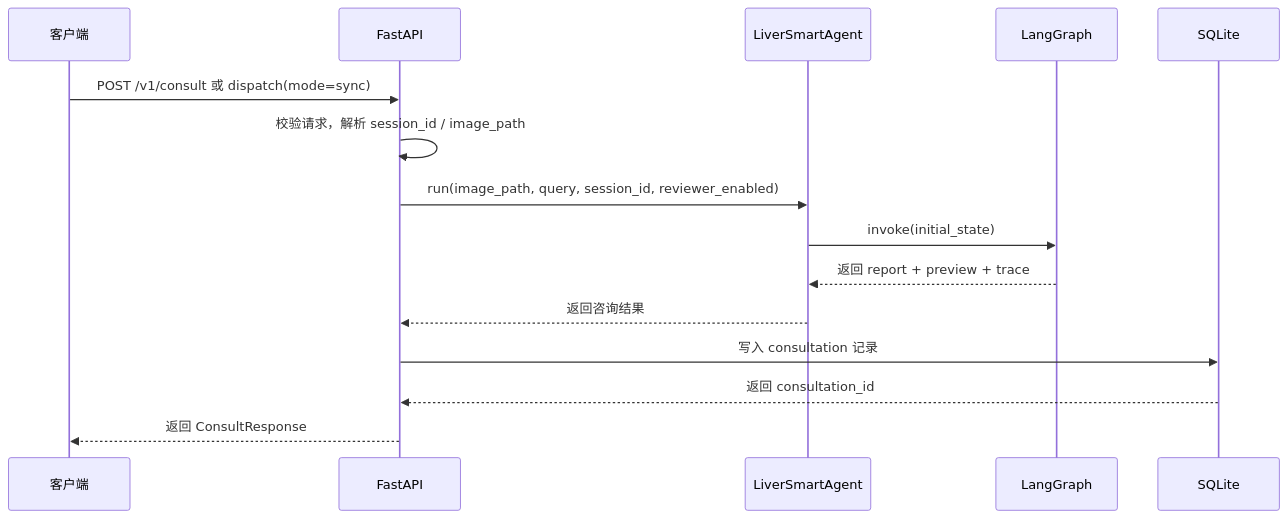
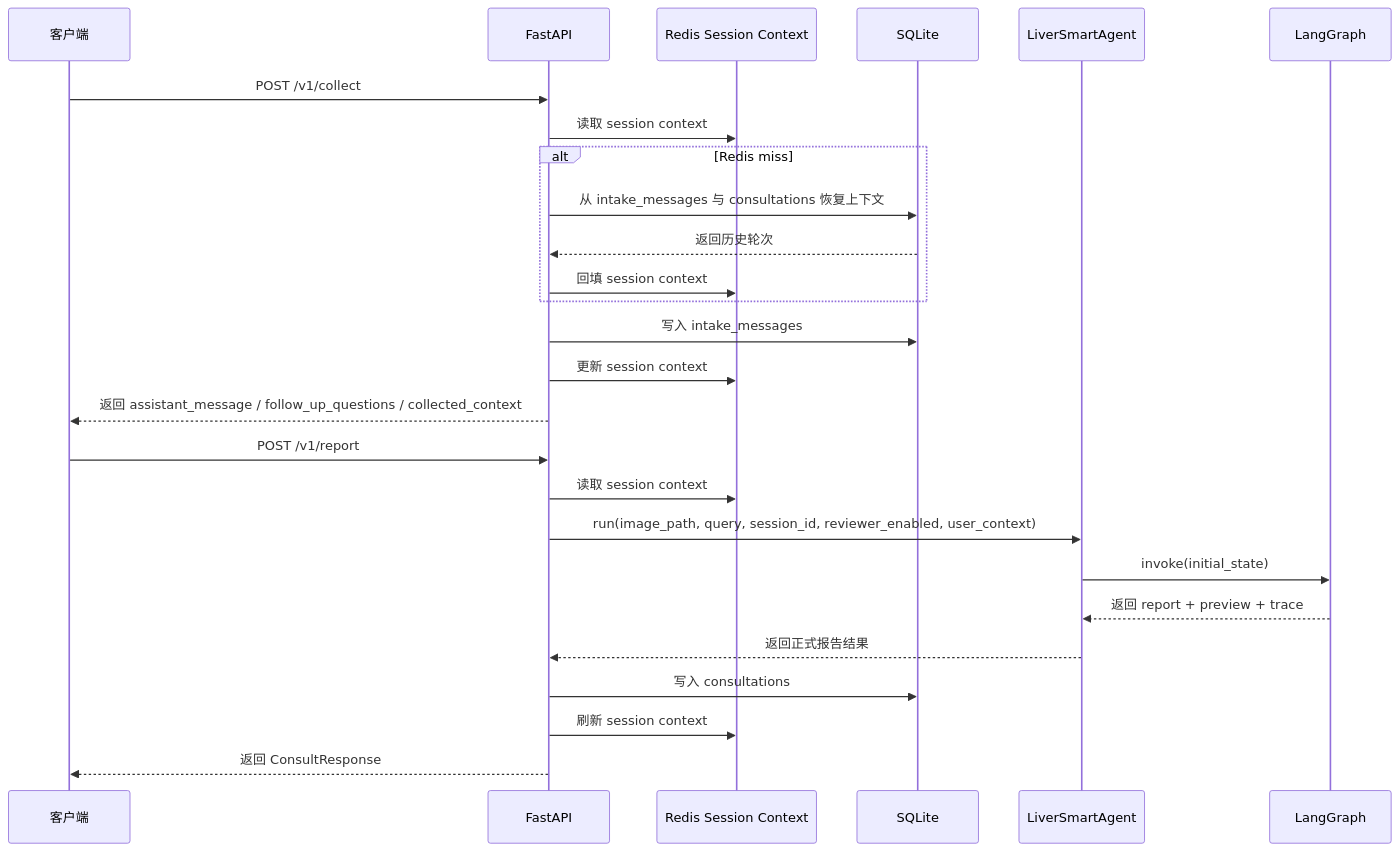
Before and after one commit to jiliguluhua/liver_rag: the third of 8 diagrams in docs/backend_architecture.md, drawn with Mermaid. The commit also changed other lines of this file, not shown here.

````diff
--- a/docs/backend_architecture.md
+++ b/docs/backend_architecture.md
@@ -84,18 +67,30 @@
 ```mermaid
 sequenceDiagram
     participant Client as 客户端
     participant API as FastAPI
+    participant Redis as Redis Session Context
+    participant DB as SQLite
     participant Agent as LiverSmartAgent
     participant Graph as LangGraph
-    participant DB as SQLite
 
-    Client->>API: POST /v1/consult 或 dispatch(mode=sync)
-    API->>API: 校验请求，解析 session_id / image_path
-    API->>Agent: run(image_path, query, session_id, reviewer_enabled)
+    Client->>API: POST /v1/collect
+    API->>Redis: 读取 session context
+    alt Redis miss
+        API->>DB: 从 intake_messages 与 consultations 恢复上下文
+        DB-->>API: 返回历史轮次
+        API->>Redis: 回填 session context
+    end
+    API->>DB: 写入 intake_messages
+    API->>Redis: 更新 session context
+    API-->>Client: 返回 assistant_message / follow_up_questions / collected_context
+
+    Client->>API: POST /v1/report
+    API->>Redis: 读取 session context
+    API->>Agent: run(image_path, query, session_id, reviewer_enabled, user_context)
     Agent->>Graph: invoke(initial_state)
     Graph-->>Agent: 返回 report + preview + trace
-    Agent-->>API: 返回咨询结果
-    API->>DB: 写入 consultation 记录
-    DB-->>API: 返回 consultation_id
+    Agent-->>API: 返回正式报告结果
+    API->>DB: 写入 consultations
+    API->>Redis: 刷新 session context
     API-->>Client: 返回 ConsultResponse
 ```
````
